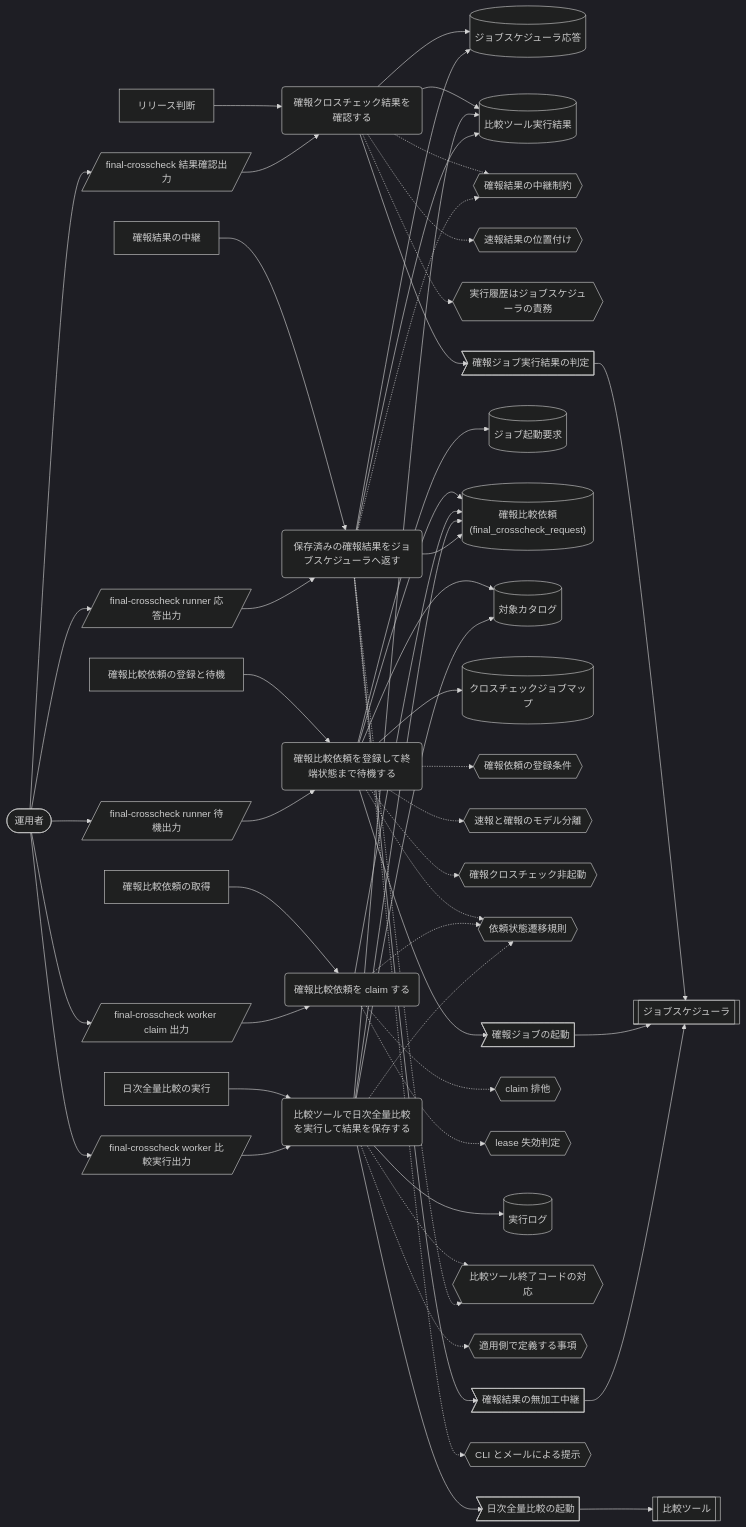
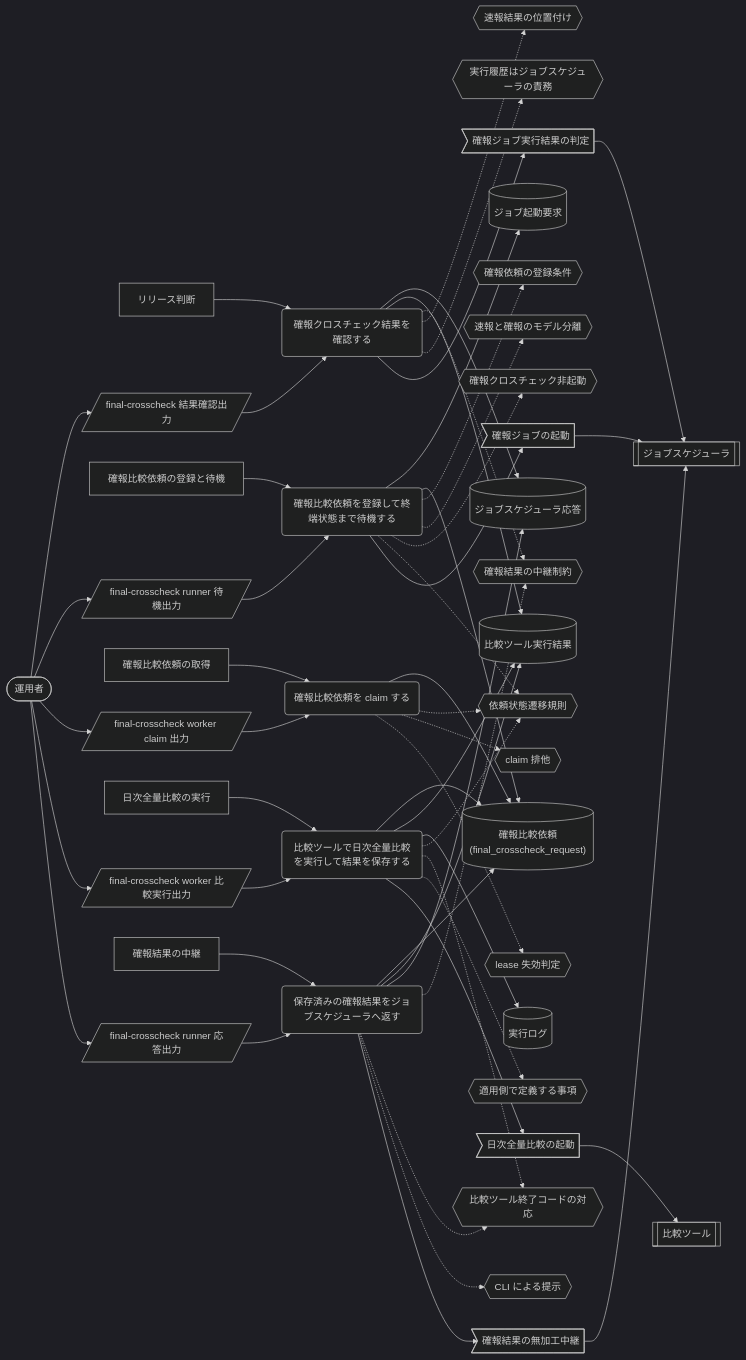
Before and after one commit to suwa-sh/relay-gate: the third of 8 diagrams in docs/rdra/latest/views/04_UC複合図.md, drawn with Mermaid (dark theme). The commit also changed other lines of this file and 3014 other files, not shown here.

```diff
--- a/docs/rdra/latest/views/04_UC複合図.md
+++ b/docs/rdra/latest/views/04_UC複合図.md
@@ -310,8 +303,6 @@
   AT2["確報比較依頼の登録と待機"]
   IF3[("ジョブ起動要求")]
   IF4[("確報比較依頼(final_crosscheck_request)")]
-  IF5[("対象カタログ")]
-  IF6[("クロスチェックジョブマップ")]
   CD4{{"確報依頼の登録条件"}}
   CD5{{"速報と確報のモデル分離"}}
   CD6{{"確報クロスチェック非起動"}}
@@ -325,7 +316,7 @@
   SC3[/"final-crosscheck worker claim 出力"/]
   UC4("比較ツールで日次全量比較を実行して結果を保存する")
   AT4["日次全量比較の実行"]
-  IF7[("実行ログ")]
+  IF5[("実行ログ")]
   CD10{{"比較ツール終了コードの対応"}}
   CD11{{"適用側で定義する事項"}}
   SC4[/"final-crosscheck worker 比較実行出力"/]
@@ -333,7 +324,7 @@
   EX2[["比較ツール"]]
   UC5("保存済みの確報結果をジョブスケジューラへ返す")
   AT5["確報結果の中継"]
-  CD12{{"CLI とメールによる提示"}}
+  CD12{{"CLI による提示"}}
   SC5[/"final-crosscheck runner 応答出力"/]
   EV4>"確報結果の無加工中継"]
   AT1 --> UC1
@@ -349,8 +340,6 @@
   AT2 --> UC2
   UC2 --> IF3
   UC2 --> IF4
-  UC2 --> IF5
-  UC2 --> IF6
   UC2 -.-> CD4
   UC2 -.-> CD5
   UC2 -.-> CD6
@@ -368,9 +357,8 @@
   SC3 --> UC3
   AT4 --> UC4
   UC4 --> IF4
+  UC4 --> IF2
   UC4 --> IF5
-  UC4 --> IF2
-  UC4 --> IF7
   UC4 -.-> CD7
   UC4 -.-> CD10
   UC4 -.-> CD11
```
